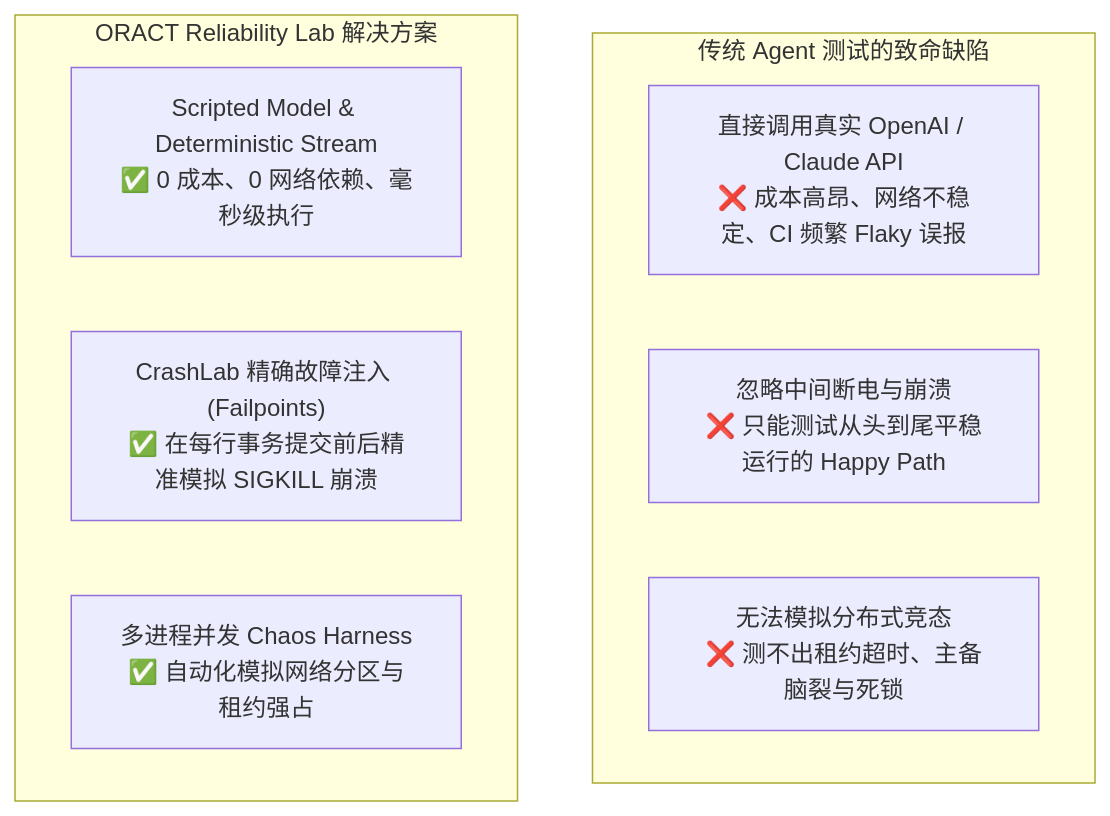
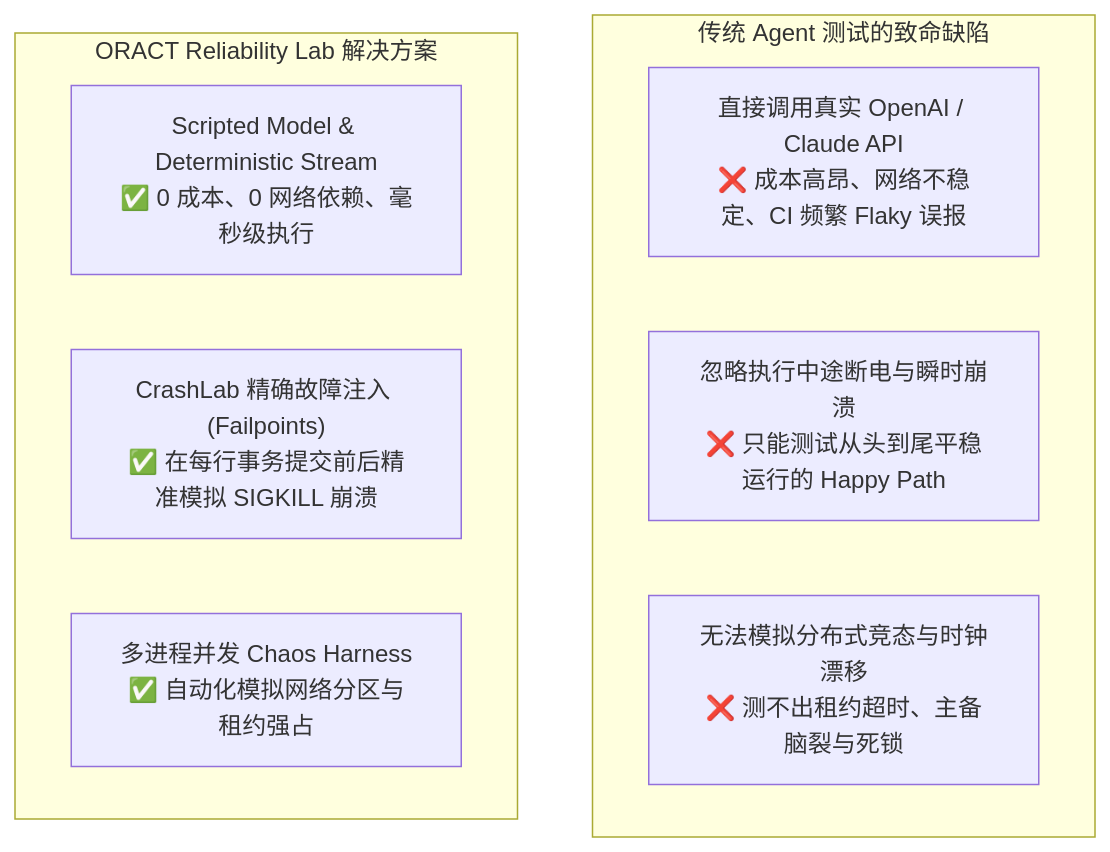
The first of 2 diagrams in content/posts/oract-06-reliability-lab-and-chaos-testing.md (MoreConsequence/MoreConsequence.github.io), drawn with Mermaid before and after one commit. The commit also changed other lines of this file and 11 other files, not shown here.

````diff
--- a/content/posts/oract-06-reliability-lab-and-chaos-testing.md
+++ b/content/posts/oract-06-reliability-lab-and-chaos-testing.md
@@ -19,14 +19,14 @@
 ```mermaid
 flowchart TB
     subgraph FlakyTests["传统 Agent 测试的致命缺陷"]
         T1["直接调用真实 OpenAI / Claude API<br/>❌ 成本高昂、网络不稳定、CI 频繁 Flaky 误报"]
-        T2["忽略中间断电与崩溃<br/>❌ 只能测试从头到尾平稳运行的 Happy Path"]
-        T3["无法模拟分布式竞态<br/>❌ 测不出租约超时、主备脑裂与死锁"]
+        T2["忽略执行中途断电与瞬时崩溃<br/>❌ 只能测试从头到尾平稳运行的 Happy Path"]
+        T3["无法模拟分布式竞态与时钟漂移<br/>❌ 测不出租约超时、主备脑裂与死锁"]
     end
 
     subgraph ORACTLab["ORACT Reliability Lab 解决方案"]
         L1["Scripted Model & Deterministic Stream<br/>✅ 0 成本、0 网络依赖、毫秒级执行"]
         L2["CrashLab 精确故障注入 (Failpoints)<br/>✅ 在每行事务提交前后精准模拟 SIGKILL 崩溃"]
         L3["多进程并发 Chaos Harness<br/>✅ 自动化模拟网络分区与租约强占"]
     end
 ```
````
